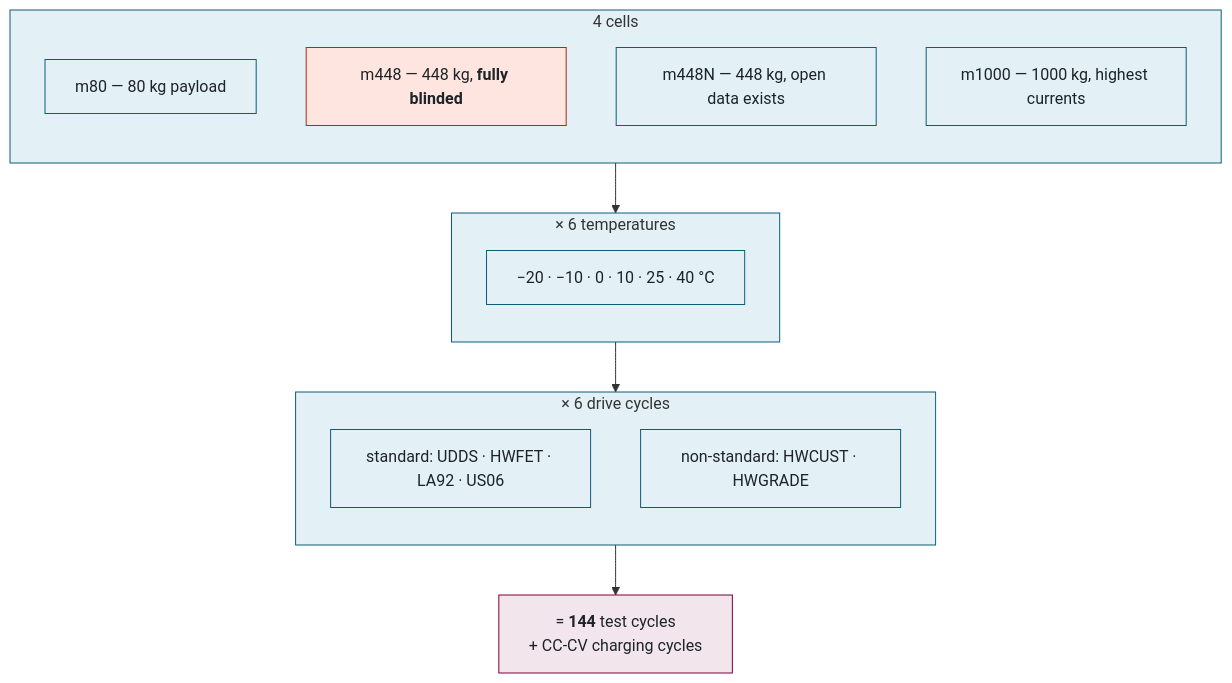
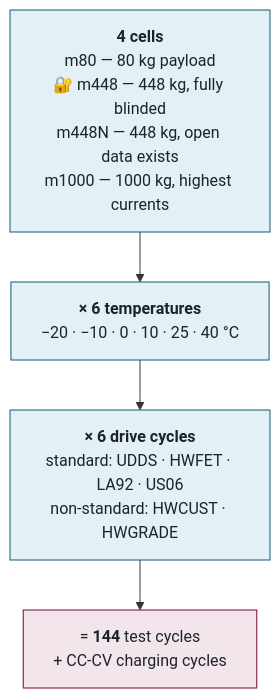
Before and after one commit to McMaster-Battery-Research-Group/battery-soc-benchmark: the second of 6 diagrams in docs/walkthrough/05-the-evaluation-engine-running-the-model.md, drawn with Mermaid. The commit also changed other lines of this file and 10 other files, not shown here.

Commit message:
Walkthrough: every diagram now fits GitHub's content column (no scaling), larger timeline fonts, bigger logos

````diff
--- a/docs/walkthrough/05-the-evaluation-engine-running-the-model.md
+++ b/docs/walkthrough/05-the-evaluation-engine-running-the-model.md
@@ -26,29 +26,12 @@
 ```mermaid
 flowchart TB
-    subgraph CELLS["4 cells"]
-        direction TB
-        c1["m80 — 80 kg payload"]
-        c2["m448 — 448 kg, <b>fully blinded</b>"]
-        c3["m448N — 448 kg, open data exists"]
-        c4["m1000 — 1000 kg, highest currents"]
-    end
-    subgraph TEMPS["× 6 temperatures"]
-        direction TB
-        t["−20 · −10 · 0 · 10 · 25 · 40 °C"]
-    end
-    subgraph CYC["× 6 drive cycles"]
-        direction TB
-        s["standard: UDDS · HWFET · LA92 · US06"]
-        n["non-standard: HWCUST · HWGRADE"]
-    end
-    CELLS --> TEMPS --> CYC --> TOT["= <b>144</b> test cycles<br/>+ CC-CV charging cycles"]
-    style CELLS fill:#E3F0F5,stroke:#0D5D78
-    style TEMPS fill:#E3F0F5,stroke:#0D5D78
-    style CYC fill:#E3F0F5,stroke:#0D5D78
+    C["<b>4 cells</b><br/>m80 — 80 kg payload<br/>🔐 m448 — 448 kg, fully blinded<br/>m448N — 448 kg, open data exists<br/>m1000 — 1000 kg, highest currents"]
+    T["<b>× 6 temperatures</b><br/>−20 · −10 · 0 · 10 · 25 · 40 °C"]
+    Y["<b>× 6 drive cycles</b><br/>standard: UDDS · HWFET · LA92 · US06<br/>non-standard: HWCUST · HWGRADE"]
+    TOT["= <b>144</b> test cycles<br/>+ CC-CV charging cycles"]
+    C --> T --> Y --> TOT
     classDef data fill:#E3F0F5,stroke:#0D5D78,color:#1d2428
-    classDef danger fill:#FFE5DF,stroke:#B3261E,color:#1d2428
     classDef web fill:#F2E6EC,stroke:#7A003C,color:#1d2428
-    class c1,c3,c4,t,s,n data
-    class c2 danger
+    class C,T,Y data
     class TOT web
 ```
````
